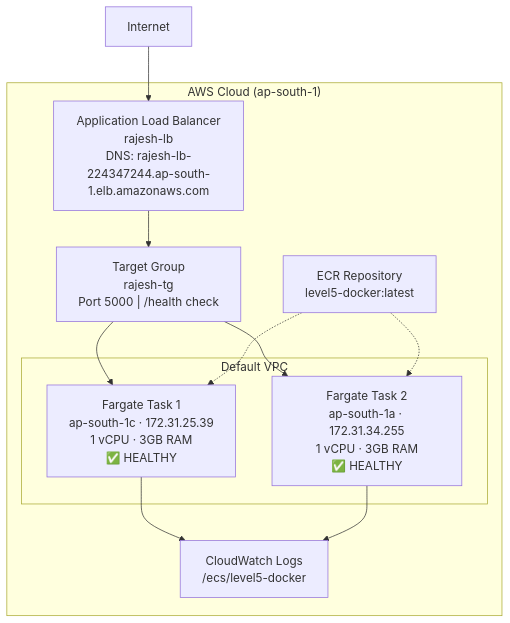
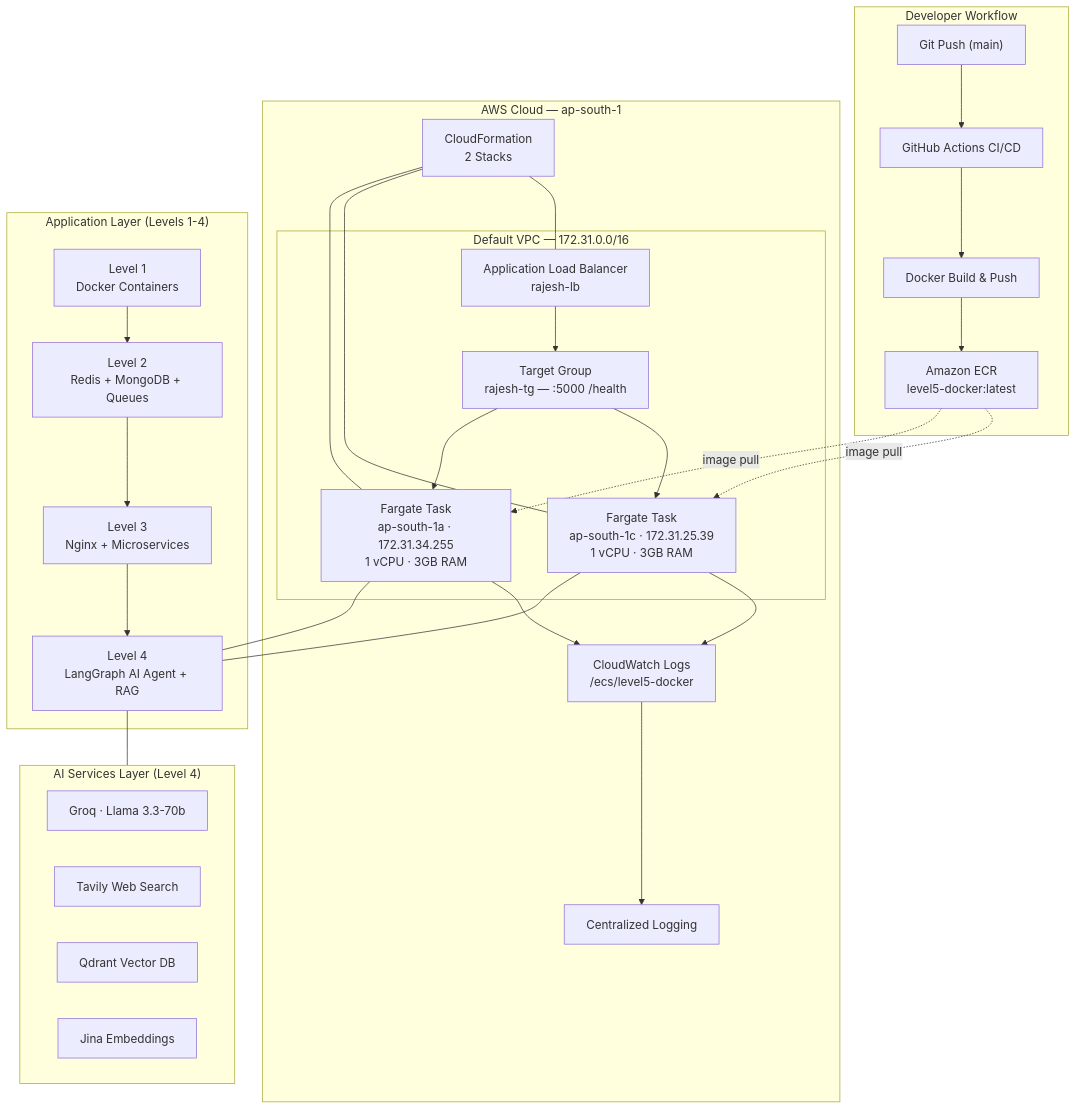
One commit to rajesh-kayal-dev/advanced-backend-engineering changed the diagram in README.md. Above: the diagram before and after it, drawn with Mermaid. The commit also changed other lines of this file and 5 other files, not shown here.

First line of the commit message:
feat: add level-by-level READMEs with live AWS infrastructure docs

````diff
--- a/README.md
+++ b/README.md
@@ -59,22 +30,41 @@
 ```mermaid
 graph TB
-    subgraph AWS["AWS Cloud (ap-south-1)"]
-        ALB["Application Load Balancer<br/>rajesh-lb<br/>DNS: rajesh-lb-224347244.ap-south-1.elb.amazonaws.com"]
-        TG["Target Group<br/>rajesh-tg<br/>Port 5000 | /health check"]
-
-        subgraph VPC["Default VPC"]
-            T1["Fargate Task 1<br/>ap-south-1c · 172.31.25.39<br/>1 vCPU · 3GB RAM<br/>✅ HEALTHY"]
-            T2["Fargate Task 2<br/>ap-south-1a · 172.31.34.255<br/>1 vCPU · 3GB RAM<br/>✅ HEALTHY"]
-        end
-
-        ECR["ECR Repository<br/>level5-docker:latest"]
-        CW["CloudWatch Logs<br/>/ecs/level5-docker"]
+    subgraph DEV["Developer Workflow"]
+        CODE["Git Push (main)"] --> GHA["GitHub Actions CI/CD"]
+        GHA --> BUILD["Docker Build & Push"]
+        BUILD --> ECR["Amazon ECR<br/>level5-docker:latest"]
     end
 
-    USER["Internet"] --> ALB
-    ALB --> TG
-    TG --> T1 & T2
-    T1 --> CW
-    T2 --> CW
-    ECR -.-> T1 & T2
+    subgraph AWS["AWS Cloud — ap-south-1"]
+        subgraph VPC["Default VPC — 172.31.0.0/16"]
+            ALB["Application Load Balancer<br/>rajesh-lb"]
+            TG["Target Group<br/>rajesh-tg — :5000 /health"]
+            T1["Fargate Task<br/>ap-south-1c · 172.31.25.39<br/>1 vCPU · 3GB RAM"]
+            T2["Fargate Task<br/>ap-south-1a · 172.31.34.255<br/>1 vCPU · 3GB RAM"]
+            ALB --> TG --> T1 & T2
+        end
+        ECR -.->|"image pull"| T1 & T2
+        CW["CloudWatch Logs<br/>/ecs/level5-docker"] --> LOGS["Centralized Logging"]
+        T1 & T2 --> CW
+        CF["CloudFormation<br/>2 Stacks"] --- ALB
+        CF --- T1 & T2
+    end
+
+    subgraph APP["Application Layer (Levels 1-4)"]
+        L1["Level 1<br/>Docker Containers"]
+        L2["Level 2<br/>Redis + MongoDB + Queues"]
+        L3["Level 3<br/>Nginx + Microservices"]
+        L4["Level 4<br/>LangGraph AI Agent + RAG"]
+        L1 --> L2 --> L3 --> L4
+    end
+
+    subgraph AI["AI Services Layer (Level 4)"]
+        GROQ["Groq · Llama 3.3-70b"]
+        TAVILY["Tavily Web Search"]
+        QDRANT["Qdrant Vector DB"]
+        JINA["Jina Embeddings"]
+    end
+
+    L4 --- AI
+    T1 & T2 --- L4
 ```
````
